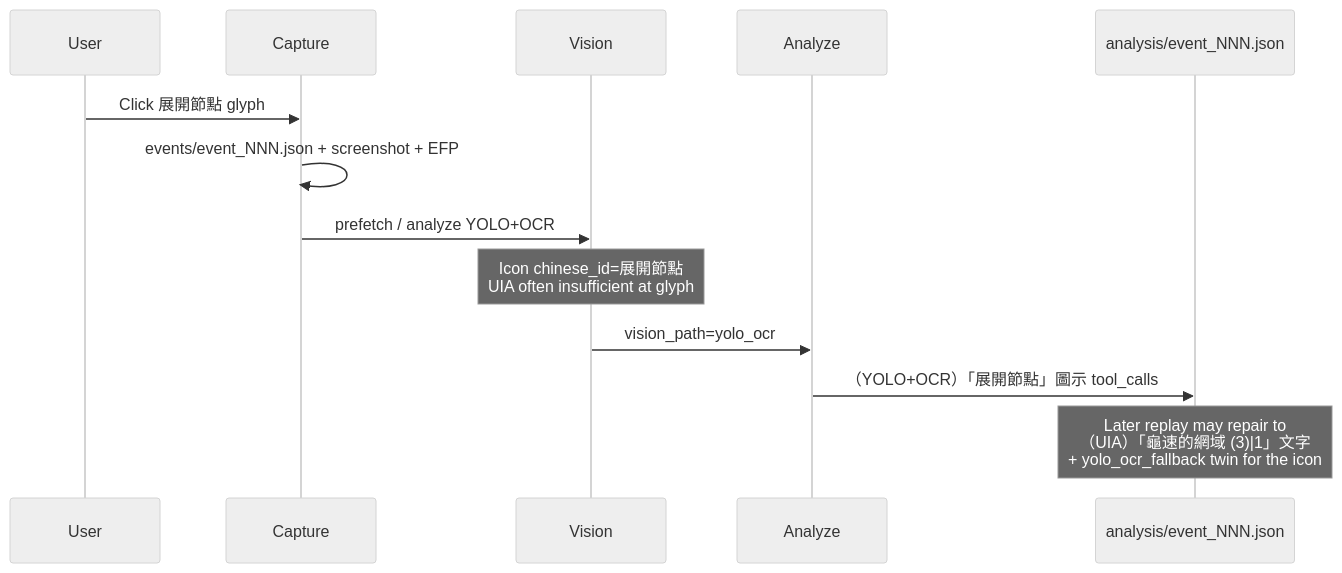
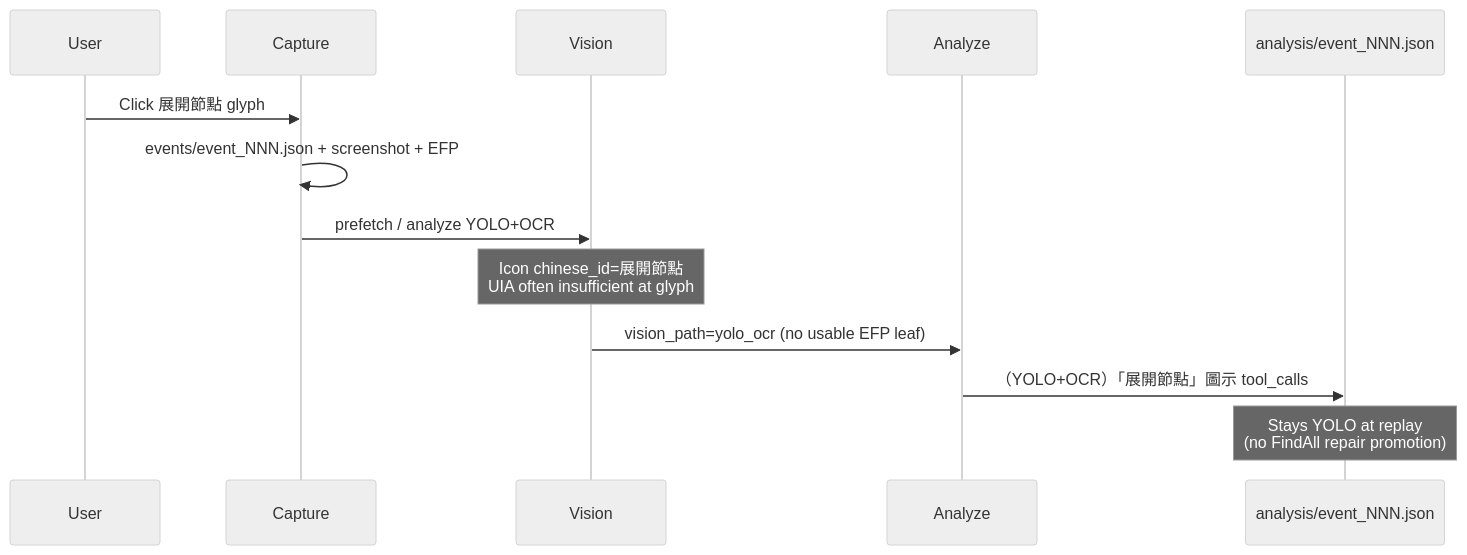
Before and after one commit to josephorng/QualityAssuranceAgent: the sixth of 6 diagrams in docs/recording-flow.md, drawn with Mermaid (neutral theme). The commit also changed other lines of this file and 26 other files, not shown here.

First line of the commit message:
Replace budgeted FindAll with EFP ancestor paths as the sole UIA hub.

````diff
--- a/docs/recording-flow.md
+++ b/docs/recording-flow.md
@@ -168,16 +165,16 @@
 ```mermaid
 sequenceDiagram
   participant User
   participant Capture
   participant Vision
   participant Analyze
   participant Analysis as analysis/event_NNN.json
 
   User->>Capture: Click 展開節點 glyph
   Capture->>Capture: events/event_NNN.json + screenshot + EFP
   Capture->>Vision: prefetch / analyze YOLO+OCR
   Note over Vision: Icon chinese_id=展開節點<br/>UIA often insufficient at glyph
-  Vision->>Analyze: vision_path=yolo_ocr
+  Vision->>Analyze: vision_path=yolo_ocr (no usable EFP leaf)
   Analyze->>Analysis: （YOLO+OCR）「展開節點」圖示 tool_calls
-  Note over Analysis: Later replay may repair to<br/>（UIA）「龜速的網域 (3)|1」文字<br/>+ yolo_ocr_fallback twin for the icon
+  Note over Analysis: Stays YOLO at replay<br/>(no FindAll repair promotion)
 ```
````
